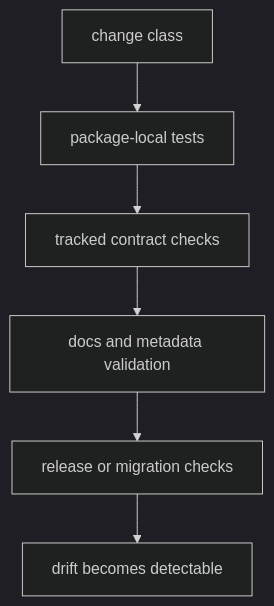
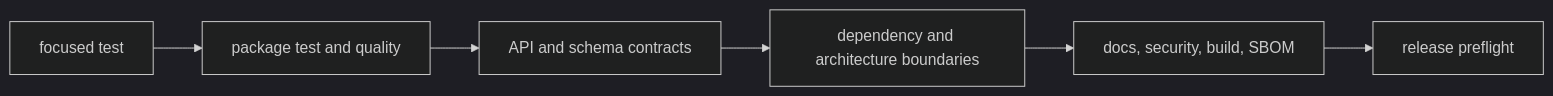
One commit to bijux/bijux-proteomics changed the diagram in docs/01-bijux-proteomics/operations/testing-and-validation.md. Above: the diagram before and after it, drawn with Mermaid (dark theme). The commit also changed other lines of this file and 2 other files, not shown here.

Commit message:
docs(contributing): define owned change and validation workflows

````diff
--- a/docs/01-bijux-proteomics/operations/testing-and-validation.md
+++ b/docs/01-bijux-proteomics/operations/testing-and-validation.md
@@ -18,15 +19,8 @@
 ```mermaid
-flowchart TB
-    change["change class"]
-    package["package-local tests"]
-    contract["tracked contract checks"]
-    docs["docs and metadata validation"]
-    release["release or migration checks"]
-    proof["drift becomes detectable"]
-
-    change --> package
-    package --> contract
-    contract --> docs
-    docs --> release
-    release --> proof
+flowchart LR
+    focused["focused test"] --> package["package test and quality"]
+    package --> contract["API and schema contracts"]
+    contract --> boundary["dependency and architecture boundaries"]
+    boundary --> repository["docs, security, build, SBOM"]
+    repository --> release["release preflight"]
 ```
````
